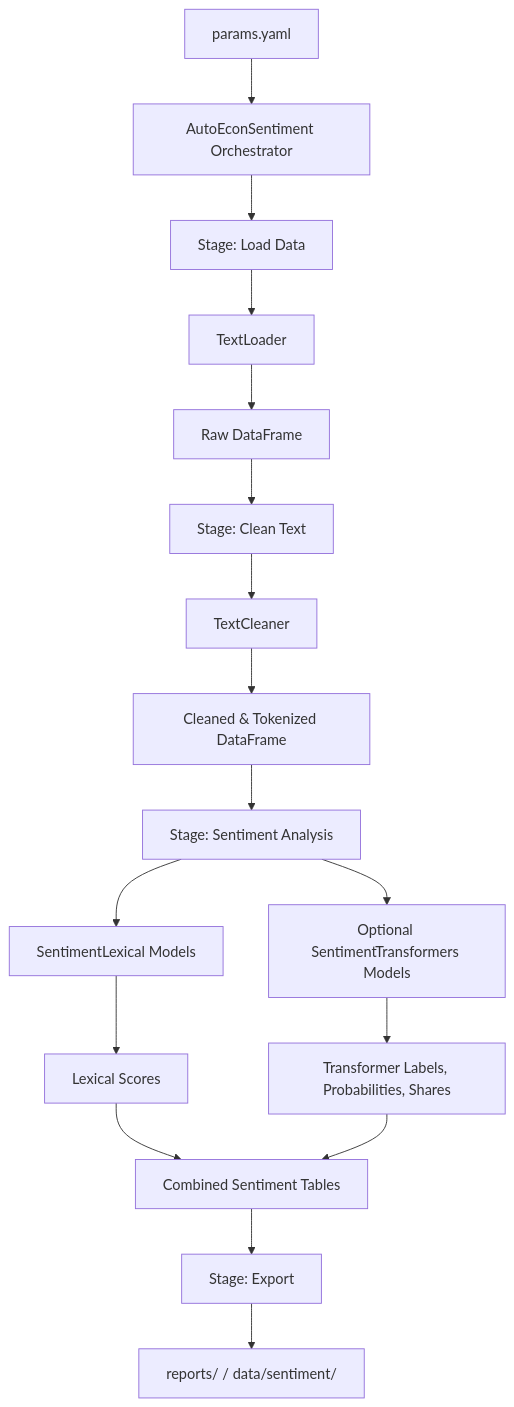
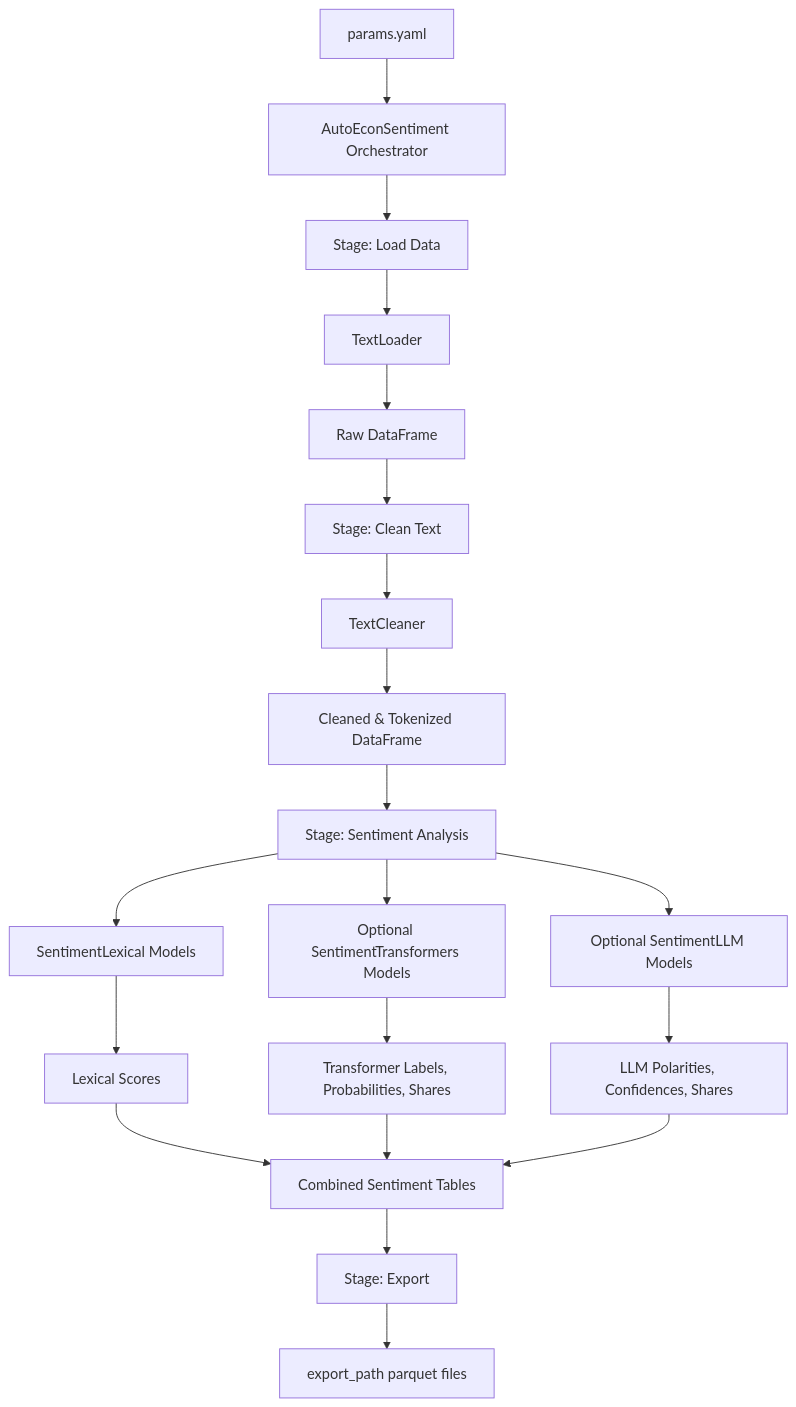
The first of 2 diagrams in docs/architecture.md (corybaird/auto-econ-sentiment), drawn with Mermaid before and after one commit. The commit also changed other lines of this file, not shown here.

First line of the commit message:
DOCS bring architecture.md up to date for v1.0.0

````diff
--- a/docs/architecture.md
+++ b/docs/architecture.md
@@ -9,19 +9,22 @@
 ```mermaid
 graph TD
     A[params.yaml] --> B[AutoEconSentiment Orchestrator]
     B --> C[Stage: Load Data]
     C --> D[TextLoader]
     D --> E[Raw DataFrame]
     E --> F[Stage: Clean Text]
     F --> G[TextCleaner]
     G --> H[Cleaned & Tokenized DataFrame]
     H --> I[Stage: Sentiment Analysis]
     I --> J[SentimentLexical Models]
     I --> N[Optional SentimentTransformers Models]
+    I --> Q[Optional SentimentLLM Models]
     J --> K[Lexical Scores]
     N --> O[Transformer Labels, Probabilities, Shares]
+    Q --> R[LLM Polarities, Confidences, Shares]
     K --> P[Combined Sentiment Tables]
     O --> P
+    R --> P
     P --> L[Stage: Export]
-    L --> M[reports/ / data/sentiment/]
+    L --> M[export_path parquet files]
 ```
````
